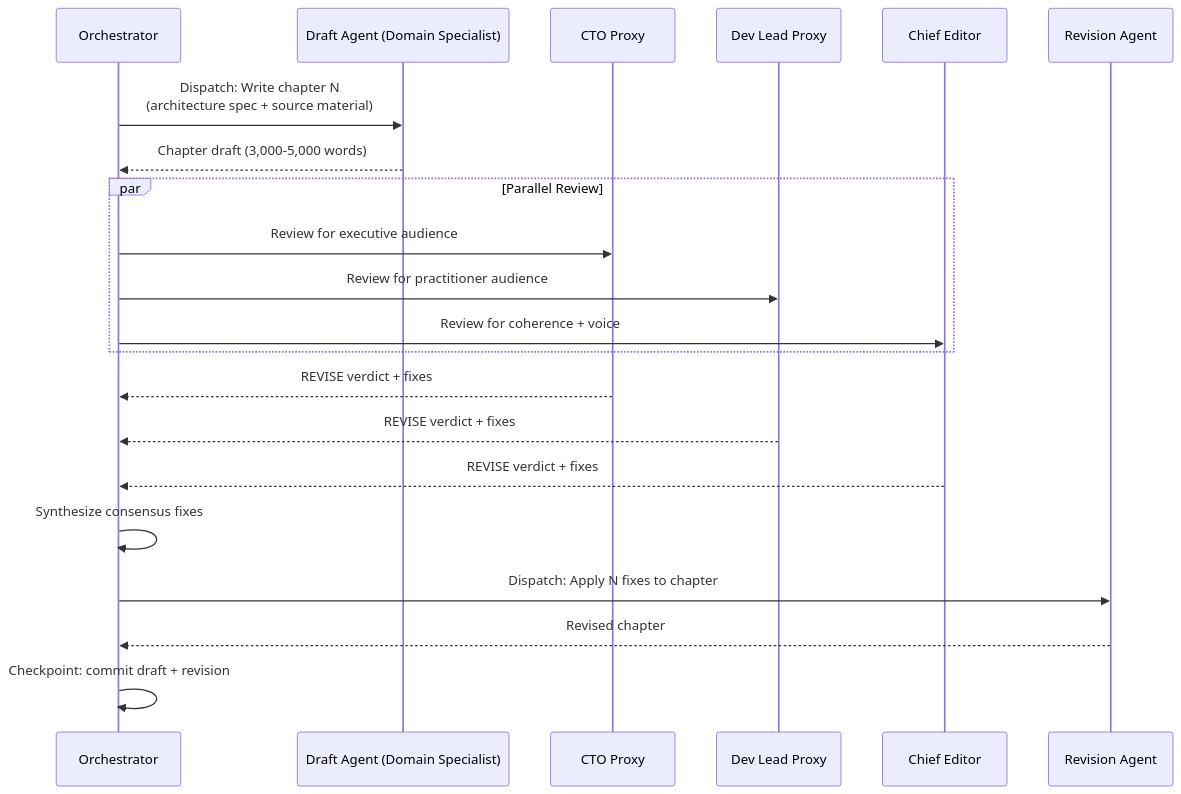
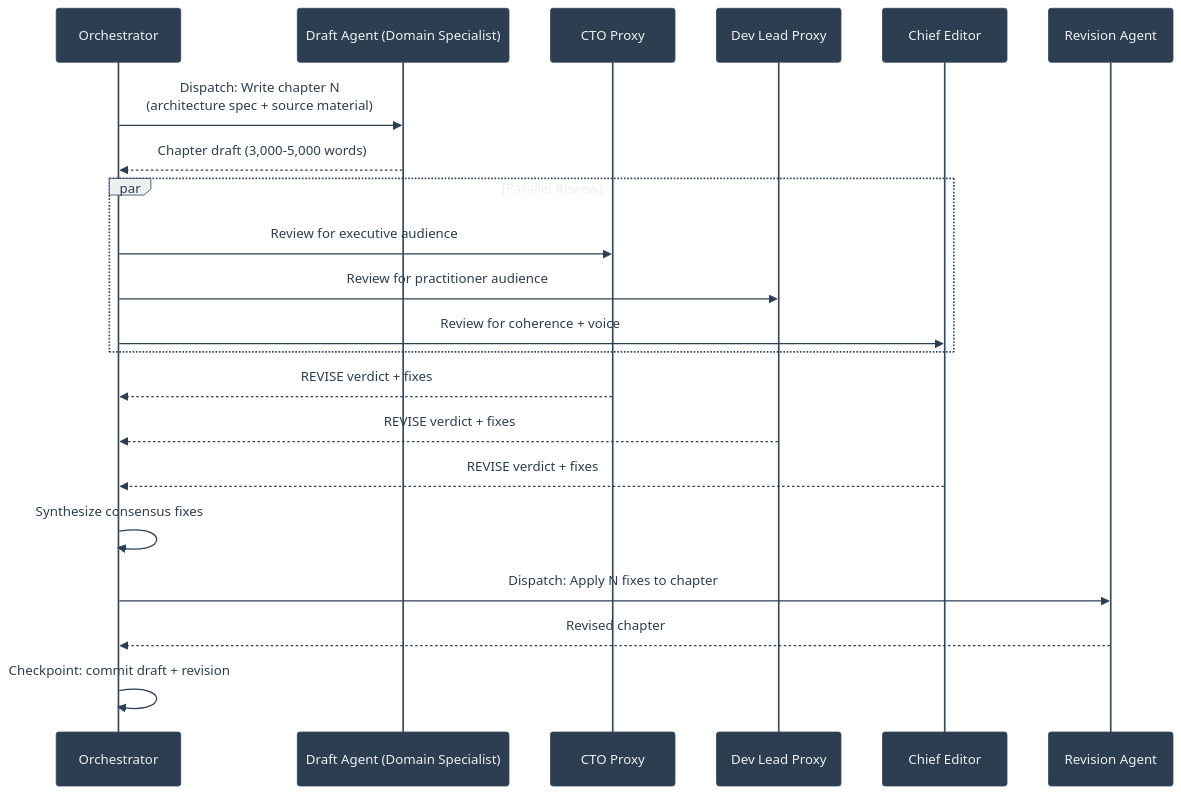
The third of 4 diagrams in case-study-handbook-writing.qmd (danielmeppiel/agentic-sdlc-handbook), drawn with Mermaid before and after one commit. The commit also changed other lines of this file and 20 other files, not shown here.

First line of the commit message:
feat: add accessibility metadata and consistent theme to all 35 diagrams

````diff
--- a/case-study-handbook-writing.qmd
+++ b/case-study-handbook-writing.qmd
@@ -126,28 +138,32 @@
 ```{mermaid}
 %%| fig-width: 4.5
+%%| fig-cap: "The draft, review, revise cycle for each chapter"
+%%| fig-alt: "Sequence diagram showing the chapter production cycle. The Orchestrator dispatches a chapter writing task with architecture spec and source material to the Draft Agent (Domain Specialist), who returns a 3,000 to 5,000 word draft. The Orchestrator then dispatches three parallel reviews: CTO Proxy reviews for executive audience, Dev Lead Proxy reviews for practitioner audience, and Chief Editor reviews for coherence and voice. All three return REVISE verdicts with fixes. The Orchestrator synthesizes consensus fixes, then dispatches the Revision Agent to apply the fixes. The Revision Agent returns the revised chapter, and the Orchestrator creates a checkpoint commit."
+%%| label: fig-cs-draft-review-cycle
+%%{init: {'theme': 'base', 'themeVariables': {'actorBkg': '#2c3e50', 'actorTextColor': '#ecf0f1', 'actorBorder': '#34495e', 'signalColor': '#2c3e50', 'signalTextColor': '#2c3e50', 'labelBoxBkgColor': '#ecf0f1', 'labelTextColor': '#2c3e50', 'noteBkgColor': '#f1c40f', 'noteTextColor': '#2c3e50', 'fontSize': '14px'}}}%%
 sequenceDiagram
     participant O as Orchestrator
     participant D as Draft Agent (Domain Specialist)
     participant R1 as CTO Proxy
     participant R2 as Dev Lead Proxy
     participant R3 as Chief Editor
     participant V as Revision Agent
 
     O->>D: Dispatch: Write chapter N<br/>(architecture spec + source material)
     D-->>O: Chapter draft (3,000-5,000 words)
 
     par Parallel Review
         O->>R1: Review for executive audience
         O->>R2: Review for practitioner audience
         O->>R3: Review for coherence + voice
     end
 
     R1-->>O: REVISE verdict + fixes
     R2-->>O: REVISE verdict + fixes
     R3-->>O: REVISE verdict + fixes
 
     O->>O: Synthesize consensus fixes
     O->>V: Dispatch: Apply N fixes to chapter
     V-->>O: Revised chapter
     O->>O: Checkpoint: commit draft + revision
 ```
````
